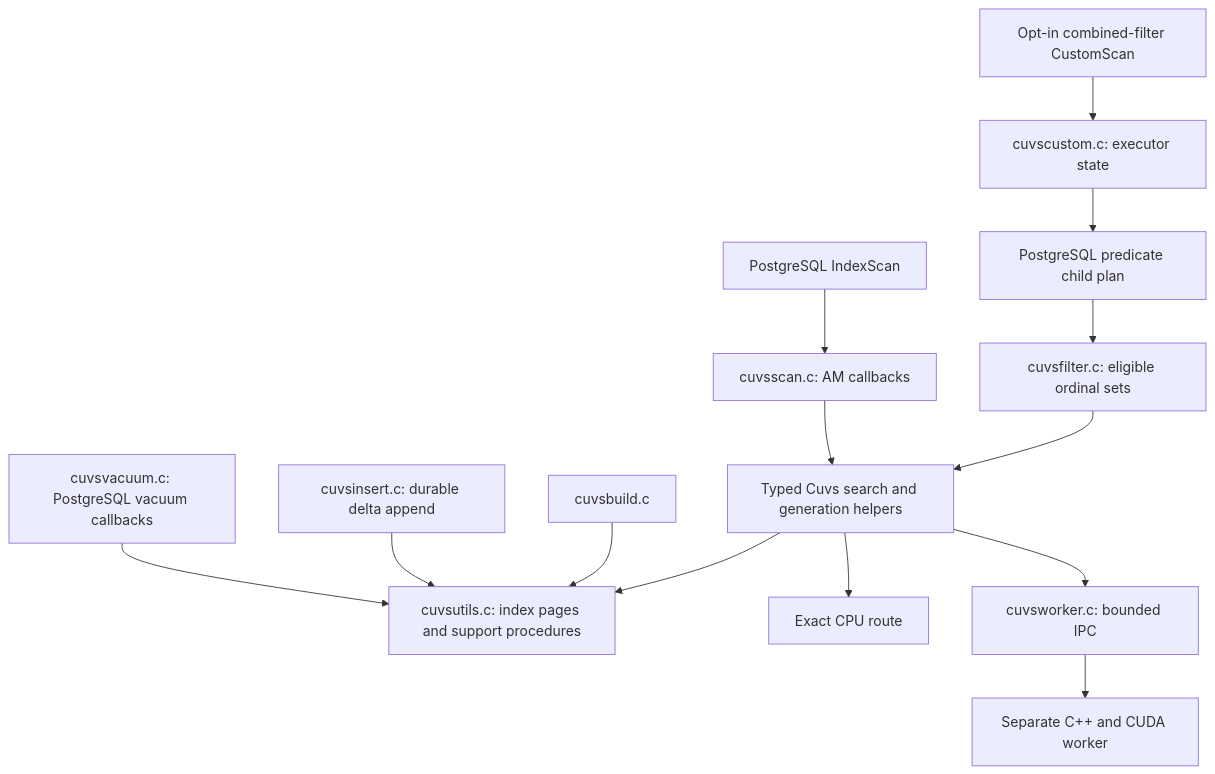
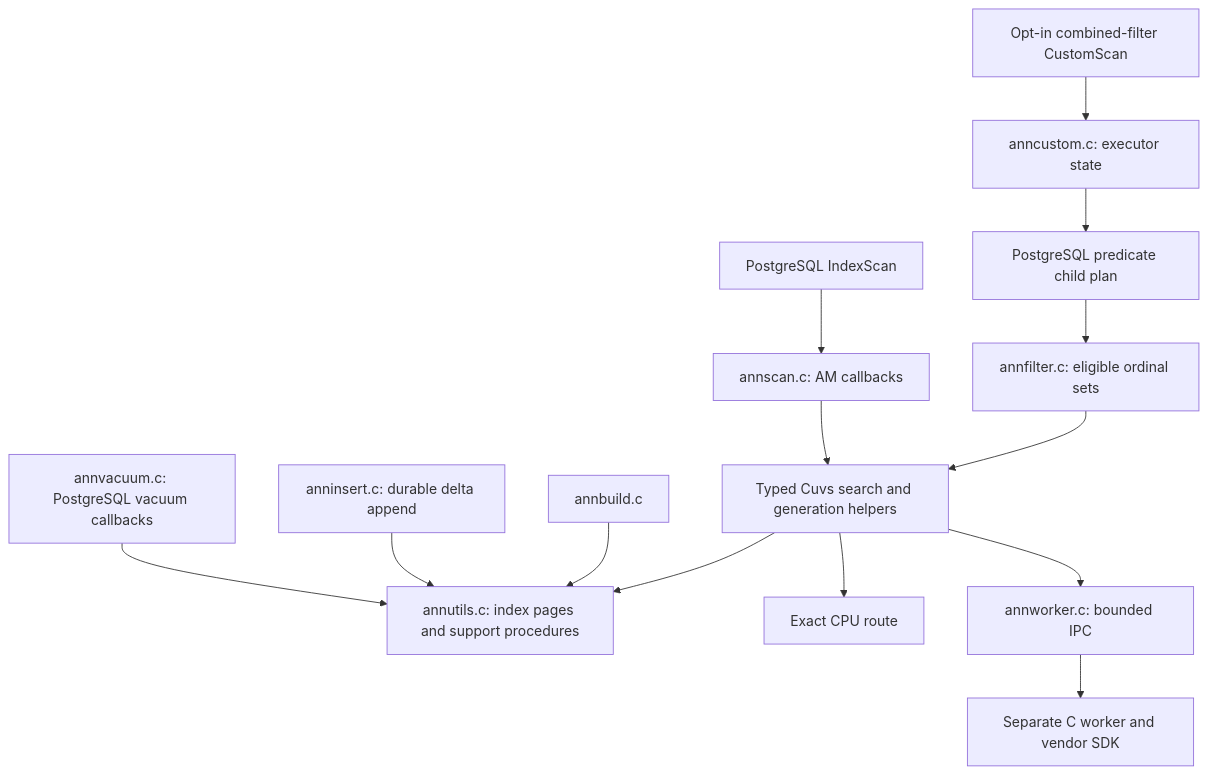
One commit to pgvector/pgvector changed the sixth of 7 diagrams in docs/cuvs-filtered-ann-plan.md. Above: the diagram before and after it, drawn with Mermaid. The commit also changed other lines of this file and 50 other files, not shown here.

````diff
--- a/docs/cuvs-filtered-ann-plan.md
+++ b/docs/cuvs-filtered-ann-plan.md
@@ -389,16 +389,16 @@
 ```mermaid
 flowchart TD
-    Normal[PostgreSQL IndexScan] --> AM[cuvsscan.c: AM callbacks]
-    Combined[Opt-in combined-filter CustomScan] --> Custom[cuvscustom.c: executor state]
+    Normal[PostgreSQL IndexScan] --> AM[annscan.c: AM callbacks]
+    Combined[Opt-in combined-filter CustomScan] --> Custom[anncustom.c: executor state]
     Custom --> Predicate[PostgreSQL predicate child plan]
-    Predicate --> Filter[cuvsfilter.c: eligible ordinal sets]
+    Predicate --> Filter[annfilter.c: eligible ordinal sets]
     Filter --> Search[Typed Cuvs search and generation helpers]
     AM --> Search
-    Search --> Pages[cuvsutils.c: index pages and support procedures]
+    Search --> Pages[annutils.c: index pages and support procedures]
     Search --> CPU[Exact CPU route]
-    Search --> Client[cuvsworker.c: bounded IPC]
-    Client --> GPU[Separate C++ and CUDA worker]
-    Build[cuvsbuild.c] --> Pages
-    Insert[cuvsinsert.c: durable delta append] --> Pages
-    Vacuum[cuvsvacuum.c: PostgreSQL vacuum callbacks] --> Pages
+    Search --> Client[annworker.c: bounded IPC]
+    Client --> GPU[Separate C worker and vendor SDK]
+    Build[annbuild.c] --> Pages
+    Insert[anninsert.c: durable delta append] --> Pages
+    Vacuum[annvacuum.c: PostgreSQL vacuum callbacks] --> Pages
 ```
````
